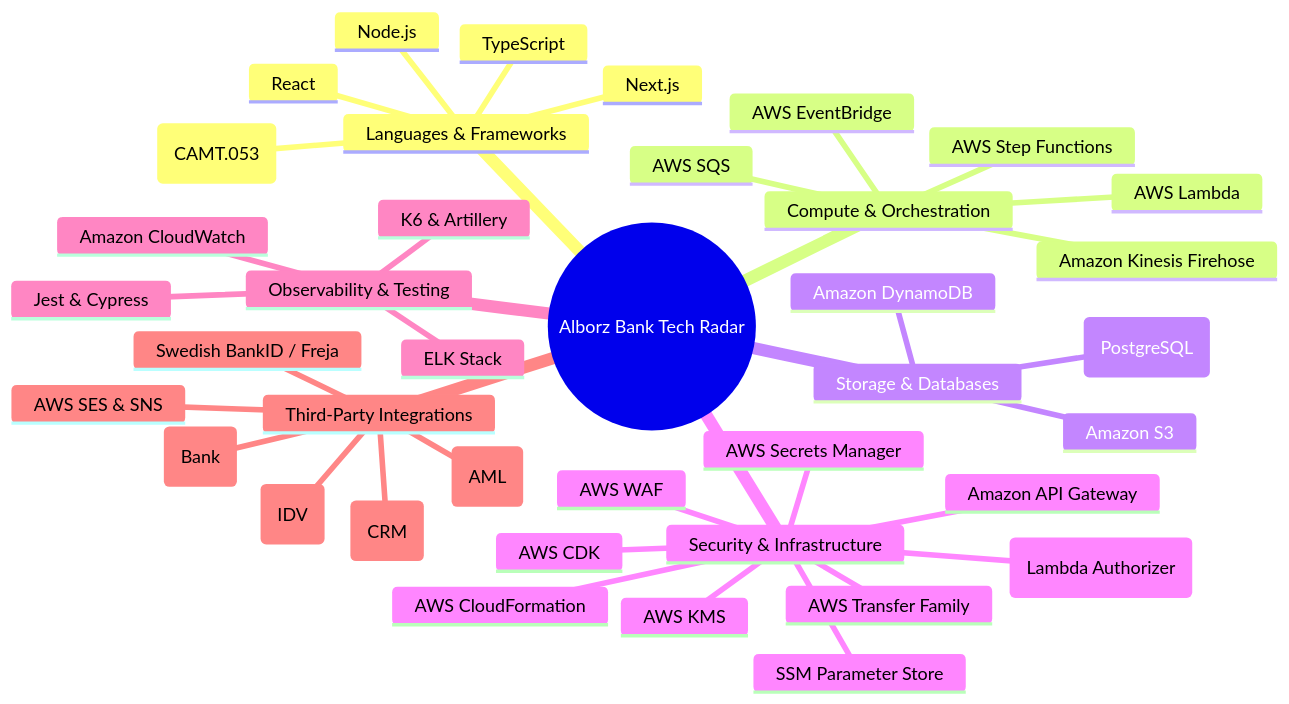
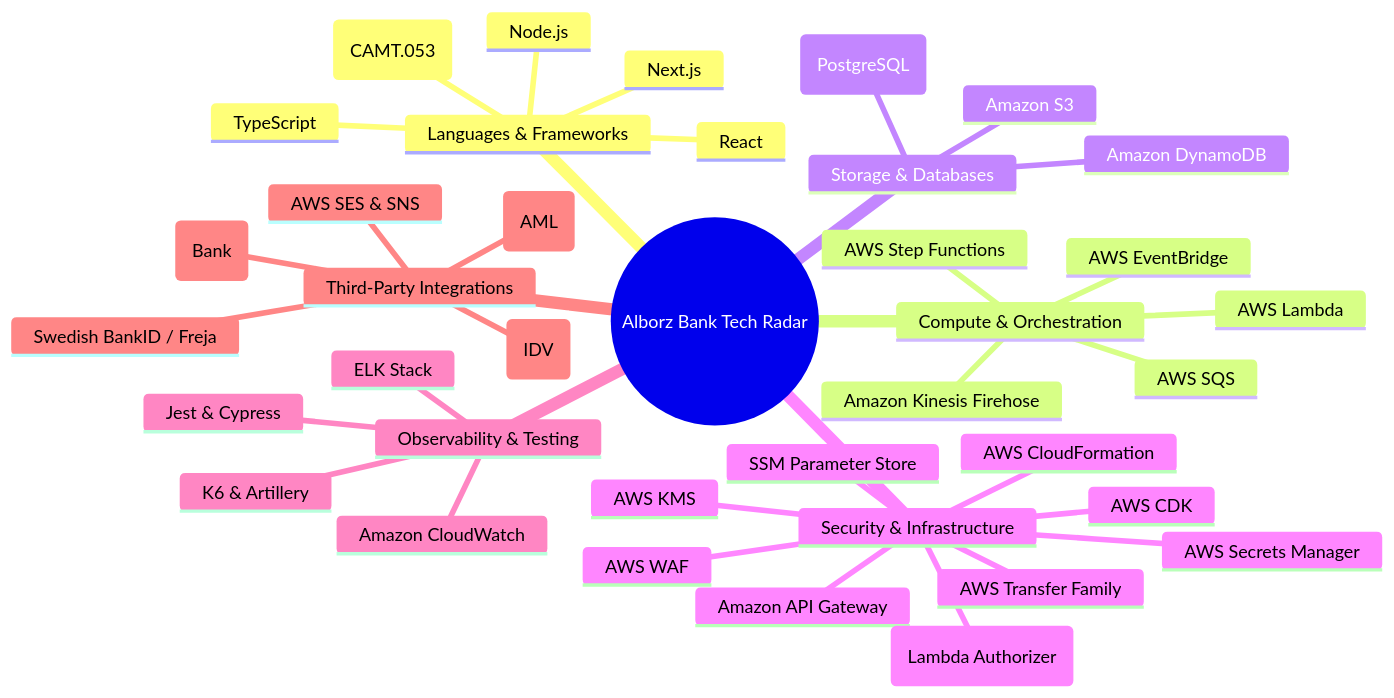
The diagram in 02-requirements/10-tech-radar.md (saeed-vayghan/Assignment-Fintech-Saving-Account-Private), drawn with Mermaid before and after one commit. The commit also changed other lines of this file and 11 other files, not shown here.

````diff
--- a/02-requirements/10-tech-radar.md
+++ b/02-requirements/10-tech-radar.md
@@ -11,42 +11,41 @@
 ```mermaid
 mindmap
   root((Alborz Bank Tech Radar))
     Languages & Frameworks
       Node.js
       TypeScript
       React
       Next.js
       XML (CAMT.053)
     Compute & Orchestration
       AWS Lambda
       AWS Step Functions
       AWS EventBridge
       AWS SQS
       Amazon Kinesis Firehose
     Storage & Databases
       Amazon DynamoDB
       Amazon Aurora (PostgreSQL)
       Amazon S3
     Security & Infrastructure
       AWS CDK
       AWS CloudFormation
       AWS KMS
       AWS Secrets Manager
       SSM Parameter Store
       Amazon API Gateway
       Auth-Service (Lambda Authorizer)
       AWS WAF
       AWS Transfer Family
     Observability & Testing
       Amazon CloudWatch
       ELK Stack
       Jest & Cypress
       K6 & Artillery
     Third-Party Integrations
       Swedish BankID / Freja
       Onfido / Signicat (IDV)
       Plaid / Tink (Bank)
       ComplyAdvantage (AML)
       AWS SES & SNS
-      Zendesk (CRM)
 ```
````
